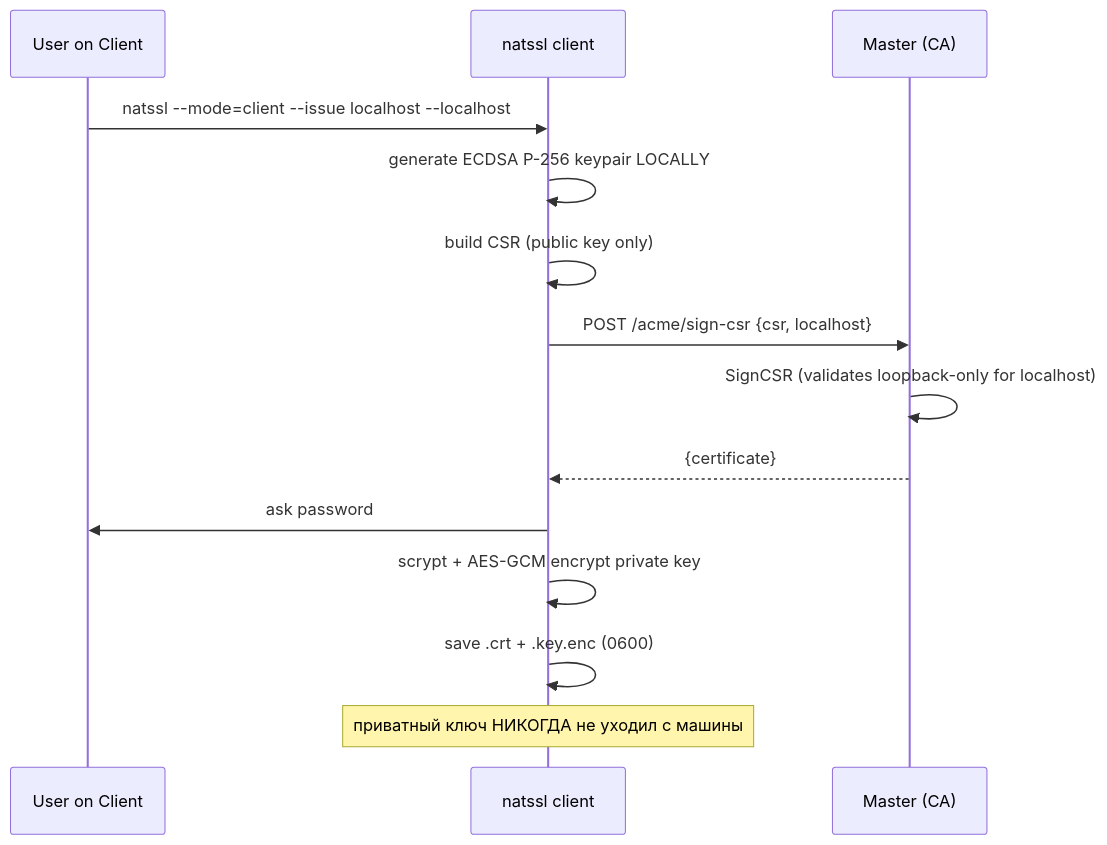
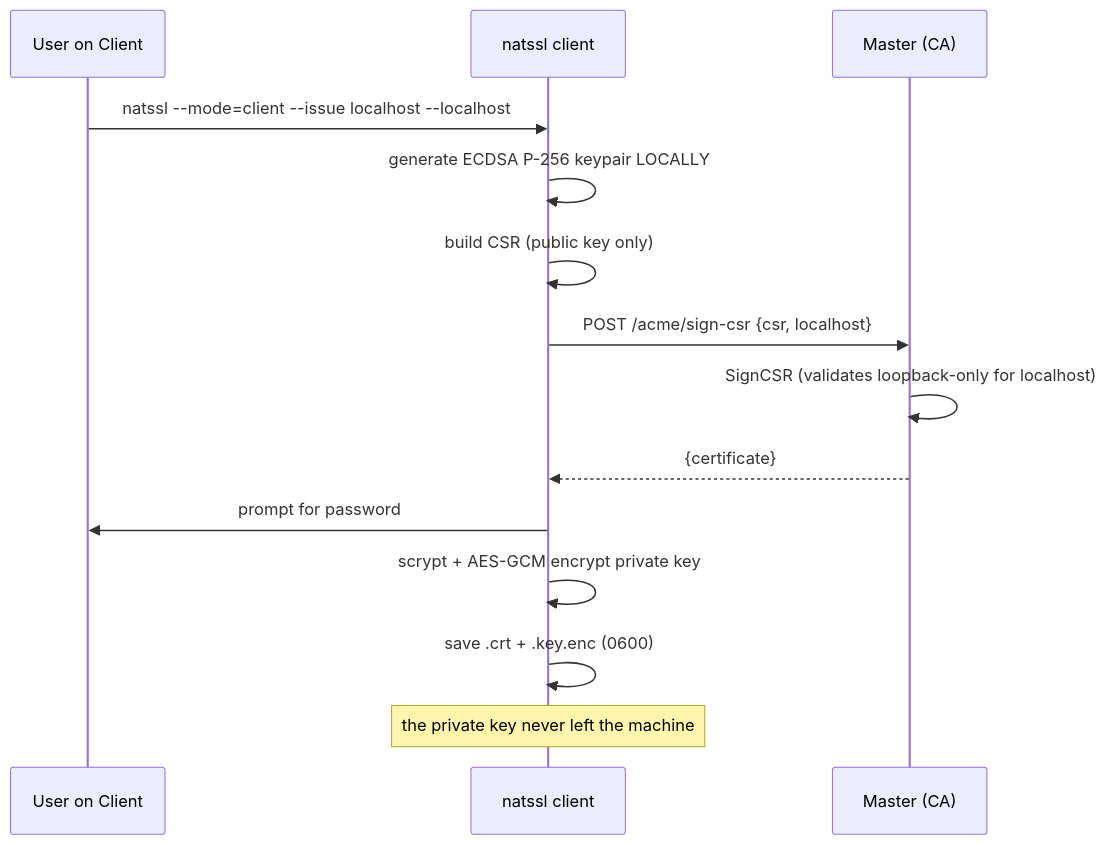
The second of 3 diagrams in docs/DEPLOYMENT.md (iskyneon/natssl), drawn with Mermaid before and after one commit. The commit also changed other lines of this file and 2 other files, not shown here.

````diff
--- a/docs/DEPLOYMENT.md
+++ b/docs/DEPLOYMENT.md
@@ -95,16 +95,16 @@
 ```mermaid
 sequenceDiagram
     participant U as User on Client
     participant C as natssl client
     participant M as Master (CA)
     U->>C: natssl --mode=client --issue localhost --localhost
     C->>C: generate ECDSA P-256 keypair LOCALLY
     C->>C: build CSR (public key only)
     C->>M: POST /acme/sign-csr {csr, localhost}
     M->>M: SignCSR (validates loopback-only for localhost)
     M-->>C: {certificate}
-    C->>U: ask password
+    C->>U: prompt for password
     C->>C: scrypt + AES-GCM encrypt private key
     C->>C: save .crt + .key.enc (0600)
-    Note over C: приватный ключ НИКОГДА не уходил с машины
+    Note over C: the private key never left the machine
 ```
````
